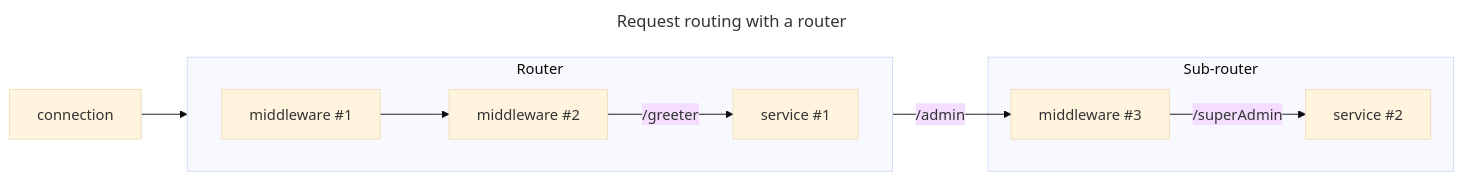
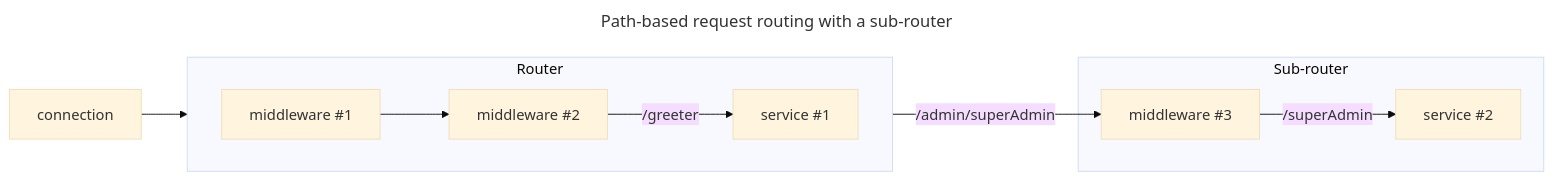
The second of 2 diagrams in pages/icerpc-core/dispatch/router.md (icerpc/icerpc-docs), drawn with Mermaid (base theme) before and after one commit. The commit also changed other lines of this file and 3 other files, not shown here.

````diff
--- a/pages/icerpc-core/dispatch/router.md
+++ b/pages/icerpc-core/dispatch/router.md
@@ -11,15 +64,15 @@
 ```mermaid
 ---
-title: Request routing with a router
+title: Path-based request routing with a sub-router
 ---
 flowchart LR
     subgraph Router
     direction LR
     m1["middleware #1"] --> m2["middleware #2"] -- /greeter --> s1["service #1"]
     end
     subgraph Sub-router
     m3["middleware #3"] -- /superAdmin --> s2["service #2"]
     end
-    m2 -- /admin --> m3
+    m2 -- /admin/superAdmin --> m3
     connection --> m1
 ```
````
